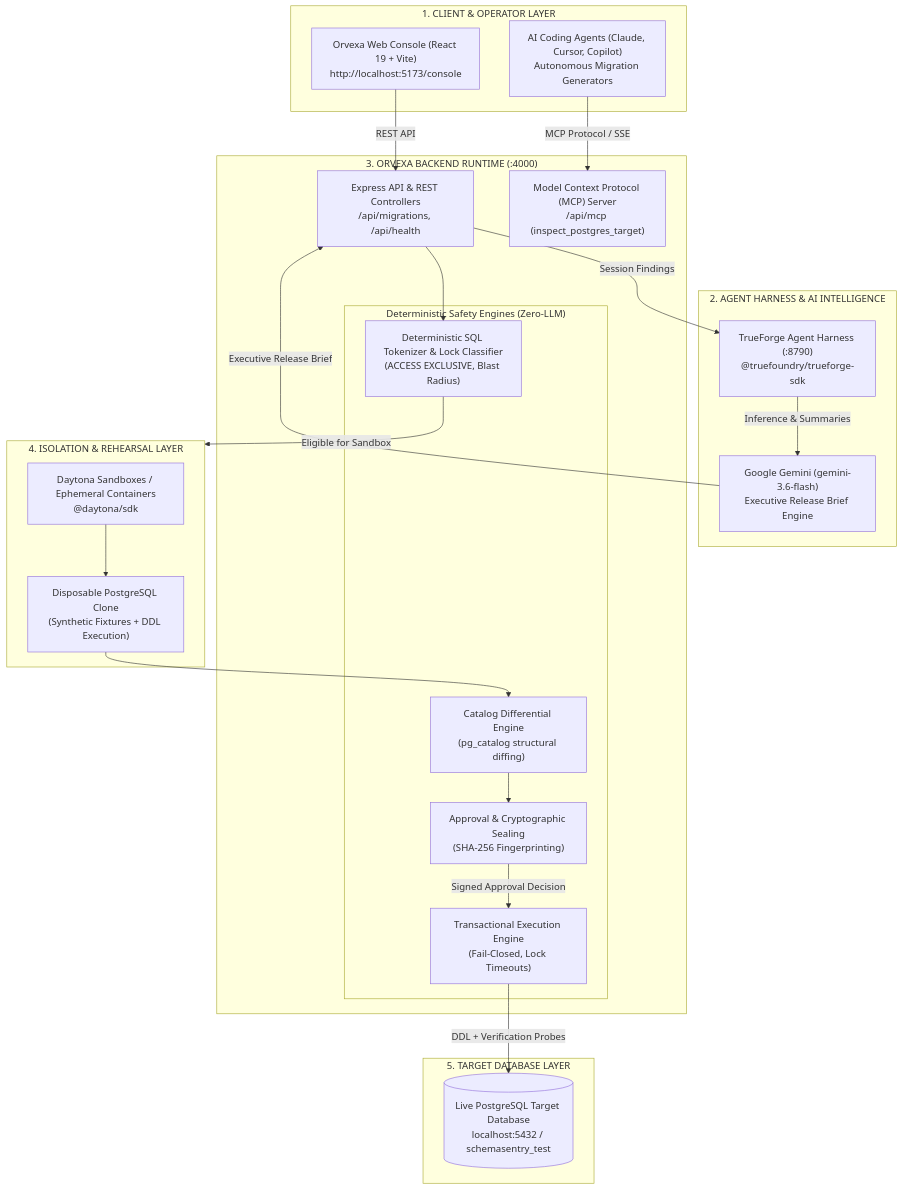
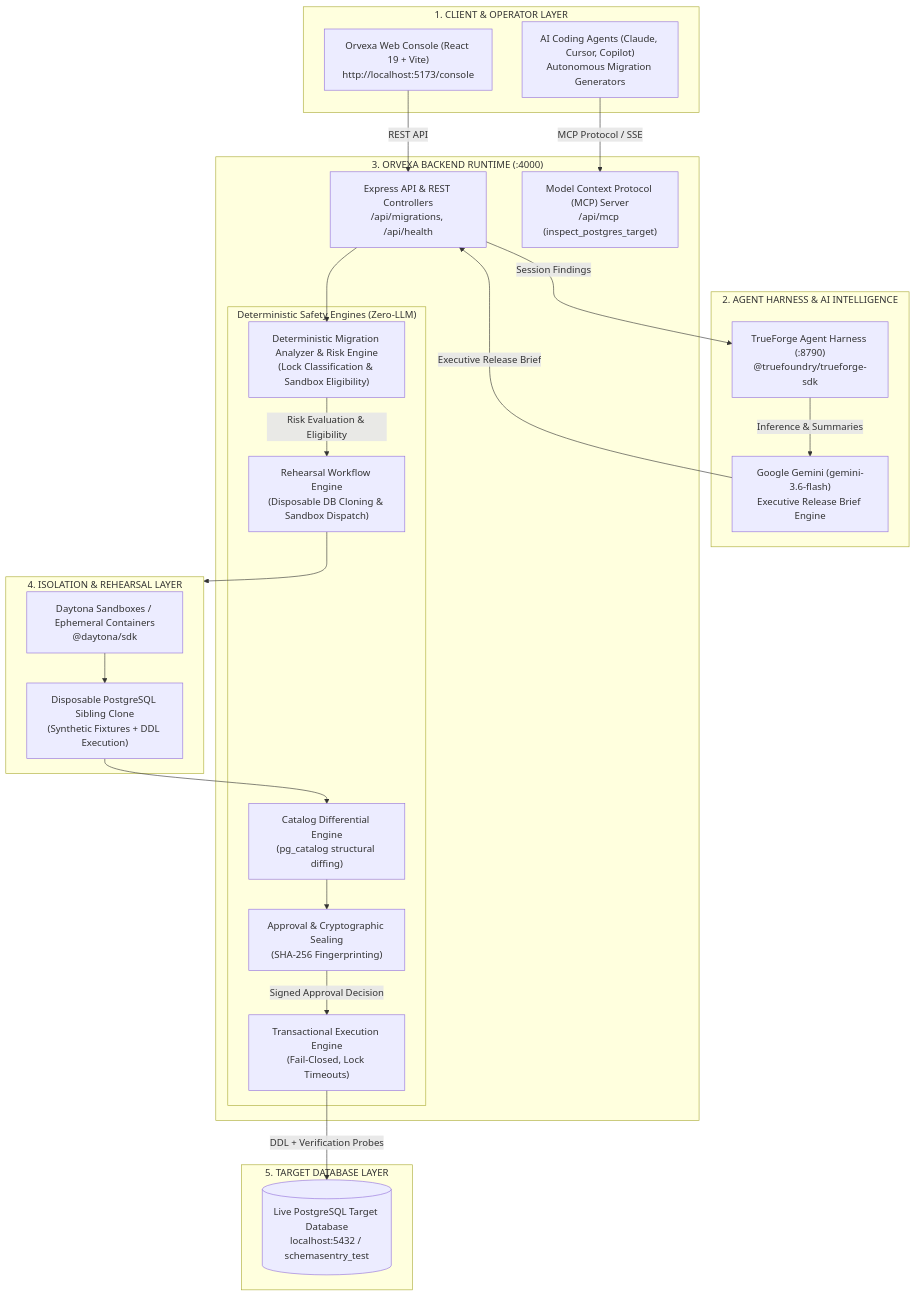
The diagram in README.md (toufiqfarhan0/Orvexa), drawn with Mermaid before and after one commit.

Commit message:
docs: refine architecture diagram engine routing

````diff
--- a/README.md
+++ b/README.md
@@ -254,49 +254,51 @@
 ```mermaid
 flowchart TB
     subgraph ClientLayer ["1. CLIENT & OPERATOR LAYER"]
         WebUI["Orvexa Web Console (React 19 + Vite)<br/>http://localhost:5173/console"]
         AIAgents["AI Coding Agents (Claude, Cursor, Copilot)<br/>Autonomous Migration Generators"]
     end
 
     subgraph AgentHarness ["2. AGENT HARNESS & AI INTELLIGENCE"]
         TrueForge["TrueForge Agent Harness (:8790)<br/>@truefoundry/trueforge-sdk"]
         Gemini["Google Gemini (gemini-3.6-flash)<br/>Executive Release Brief Engine"]
     end
 
     subgraph ServerLayer ["3. ORVEXA BACKEND RUNTIME (:4000)"]
         APIServer["Express API & REST Controllers<br/>/api/migrations, /api/health"]
         MCPServer["Model Context Protocol (MCP) Server<br/>/api/mcp (inspect_postgres_target)"]
 
         subgraph CoreEngines ["Deterministic Safety Engines (Zero-LLM)"]
-            ParserEngine["Deterministic SQL Tokenizer & Lock Classifier<br/>(ACCESS EXCLUSIVE, Blast Radius)"]
+            AnalyzerEngine["Deterministic Migration Analyzer & Risk Engine<br/>(Lock Classification & Sandbox Eligibility)"]
+            RehearsalEngine["Rehearsal Workflow Engine<br/>(Disposable DB Cloning & Sandbox Dispatch)"]
             DiffEngine["Catalog Differential Engine<br/>(pg_catalog structural diffing)"]
             GateEngine["Approval & Cryptographic Sealing<br/>(SHA-256 Fingerprinting)"]
             ExecEngine["Transactional Execution Engine<br/>(Fail-Closed, Lock Timeouts)"]
         end
     end
 
     subgraph IsolationLayer ["4. ISOLATION & REHEARSAL LAYER"]
         Daytona["Daytona Sandboxes / Ephemeral Containers<br/>@daytona/sdk"]
-        RehearsalDB["Disposable PostgreSQL Clone<br/>(Synthetic Fixtures + DDL Execution)"]
+        RehearsalDB["Disposable PostgreSQL Sibling Clone<br/>(Synthetic Fixtures + DDL Execution)"]
     end
 
     subgraph ProductionLayer ["5. TARGET DATABASE LAYER"]
         TargetDB[(Live PostgreSQL Target Database<br/>localhost:5432 / schemasentry_test)]
     end
 
     %% Flows
     WebUI -->|REST API| APIServer
     AIAgents -->|MCP Protocol / SSE| MCPServer
     APIServer -->|Session Findings| TrueForge
     TrueForge -->|Inference & Summaries| Gemini
     Gemini -->|Executive Release Brief| APIServer
 
-    APIServer --> ParserEngine
-    ParserEngine -->|Eligible for Sandbox| IsolationLayer
+    APIServer --> AnalyzerEngine
+    AnalyzerEngine -->|Risk Evaluation & Eligibility| RehearsalEngine
+    RehearsalEngine --> IsolationLayer
     Daytona --> RehearsalDB
     RehearsalDB --> DiffEngine
     DiffEngine --> GateEngine
 
     GateEngine -->|Signed Approval Decision| ExecEngine
     ExecEngine -->|DDL + Verification Probes| TargetDB
 ```
````
